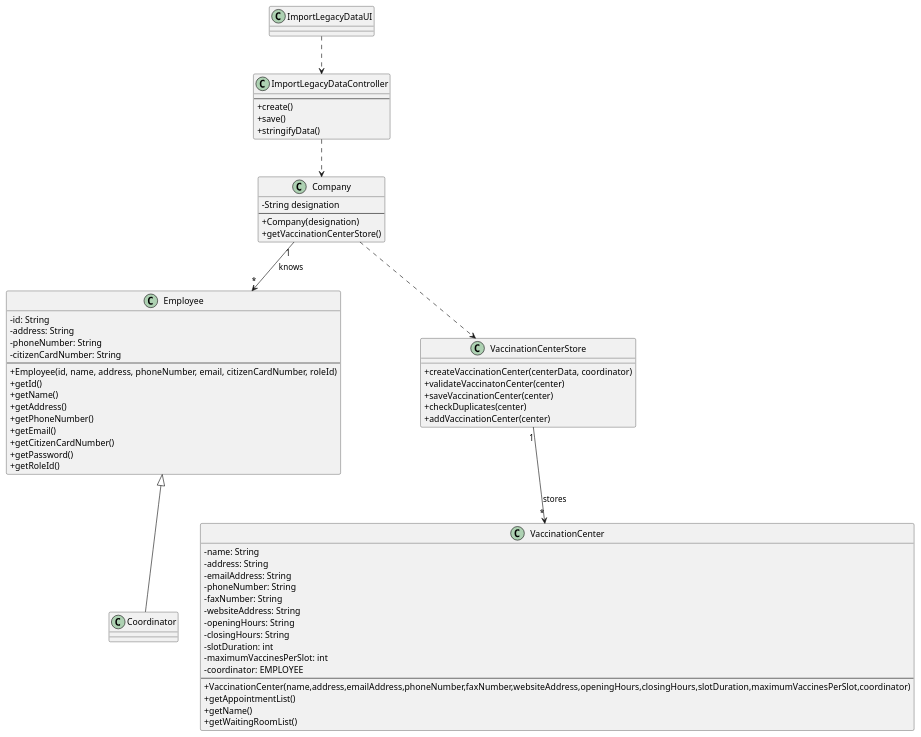
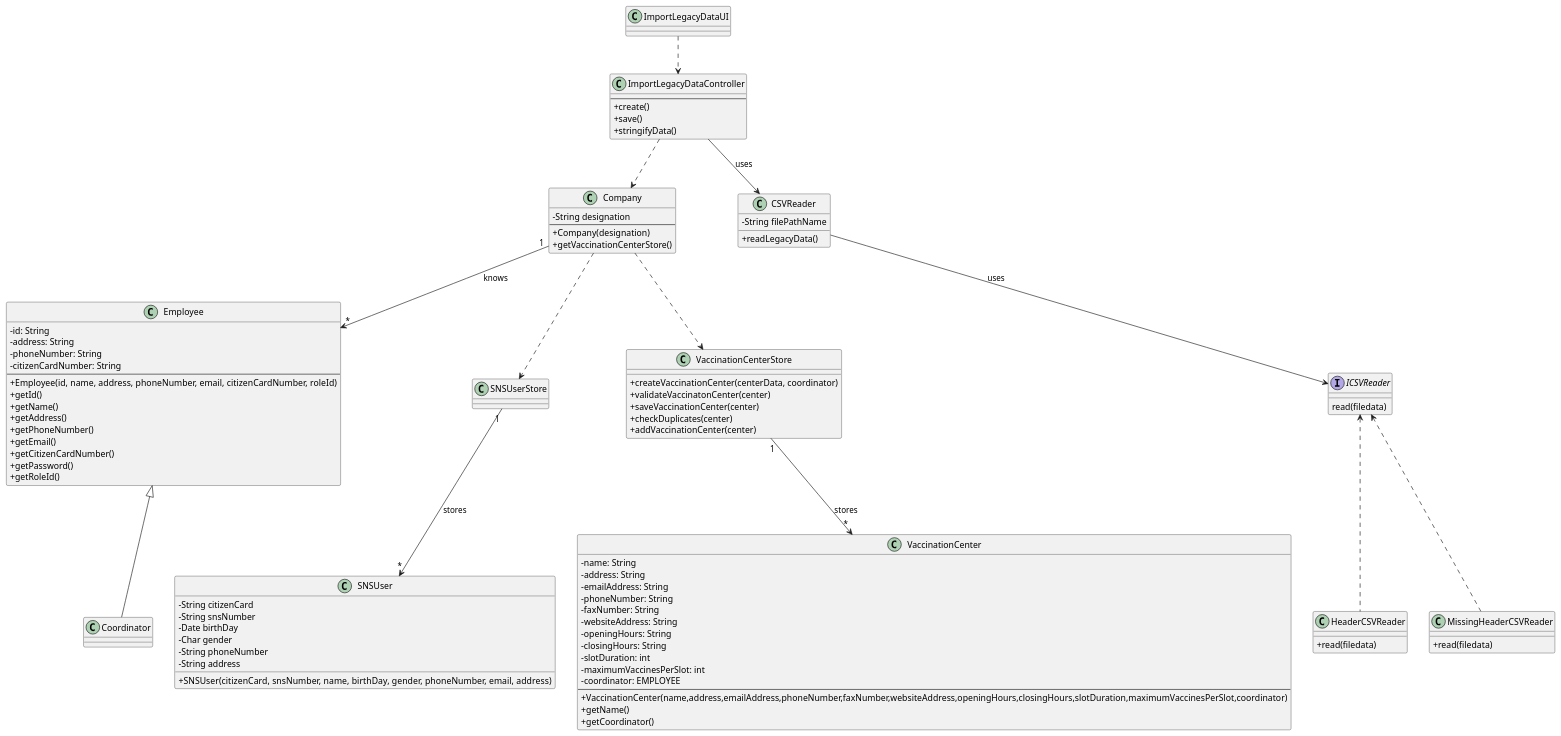
One commit to miseEnPlace-i/lapr2 changed the diagram in docs/SprintD/US17/CD/US17_CD.puml. Above: the diagram before and after it, drawn with PlantUML. The commit also changed 2 other files, not shown here.

```diff
--- a/docs/SprintD/US17/CD/US17_CD.puml
+++ b/docs/SprintD/US17/CD/US17_CD.puml
@@ -1,78 +1,117 @@
 @startuml US17_CD
 skinparam classAttributeIconSize 0
 
 class Company {
   - String designation
   ---
   + Company(designation)
   + getVaccinationCenterStore()
 }
 
 class Coordinator {}
+
+class CSVReader {
+  - String filePathName
+
+  + readLegacyData()
+}
+
+interface ICSVReader{
+  read(filedata)
+}
+
+class HeaderCSVReader { 
+  + read(filedata)
+}
+
+class MissingHeaderCSVReader{
+  + read(filedata)
+}
 
 class Employee {
   - id: String
   - address: String
   - phoneNumber: String
   - citizenCardNumber: String
   ---
   + Employee(id, name, address, phoneNumber, email, citizenCardNumber, roleId)
   + getId()
   + getName()
   + getAddress()
   + getPhoneNumber()
   + getEmail()
   + getCitizenCardNumber()
   + getPassword()
   + getRoleId()
 }
 
 class ImportLegacyDataUI {}
 
 class ImportLegacyDataController {
   ---
   + create()
   + save()
   + stringifyData()
 }
 
+class SNSUser {
+  - String citizenCard
+  - String snsNumber
+  - Date birthDay
+  - Char gender
+  - String phoneNumber
+  - String address
+  + SNSUser(citizenCard, snsNumber, name, birthDay, gender, phoneNumber, email, address)
+}
+
+class SNSUserStore {}
+
 class VaccinationCenter {
   - name: String
   - address: String
   - emailAddress: String
   - phoneNumber: String
   - faxNumber: String
   - websiteAddress: String
   - openingHours: String
   - closingHours: String
   - slotDuration: int
   - maximumVaccinesPerSlot: int
   - coordinator: EMPLOYEE
   ---
   + VaccinationCenter(name,address,emailAddress,phoneNumber,faxNumber,websiteAddress,openingHours,closingHours,slotDuration,maximumVaccinesPerSlot,coordinator)
-  + getAppointmentList()
   + getName()
-  + getWaitingRoomList()
+  + getCoordinator()
 }
 
 class VaccinationCenterStore {
   + createVaccinationCenter(centerData, coordinator)
   + validateVaccinatonCenter(center)
   + saveVaccinationCenter(center)
   + checkDuplicates(center)
   + addVaccinationCenter(center)
 }
 
 
+Company ..> SNSUserStore
 Company ..> VaccinationCenterStore
 Company "1" --> "*" Employee : knows
 
+CSVReader --> ICSVReader : uses
+
 Employee <|-- Coordinator
+
+ICSVReader <.. MissingHeaderCSVReader
+ICSVReader <.. HeaderCSVReader
 
 ImportLegacyDataController ..> Company
 
+ImportLegacyDataController --> CSVReader : uses
+
 ImportLegacyDataUI ..> ImportLegacyDataController
+
+SNSUserStore "1" --> "*" SNSUser : stores
 
 VaccinationCenterStore "1" --> "*" VaccinationCenter : stores
 
 @enduml
```
